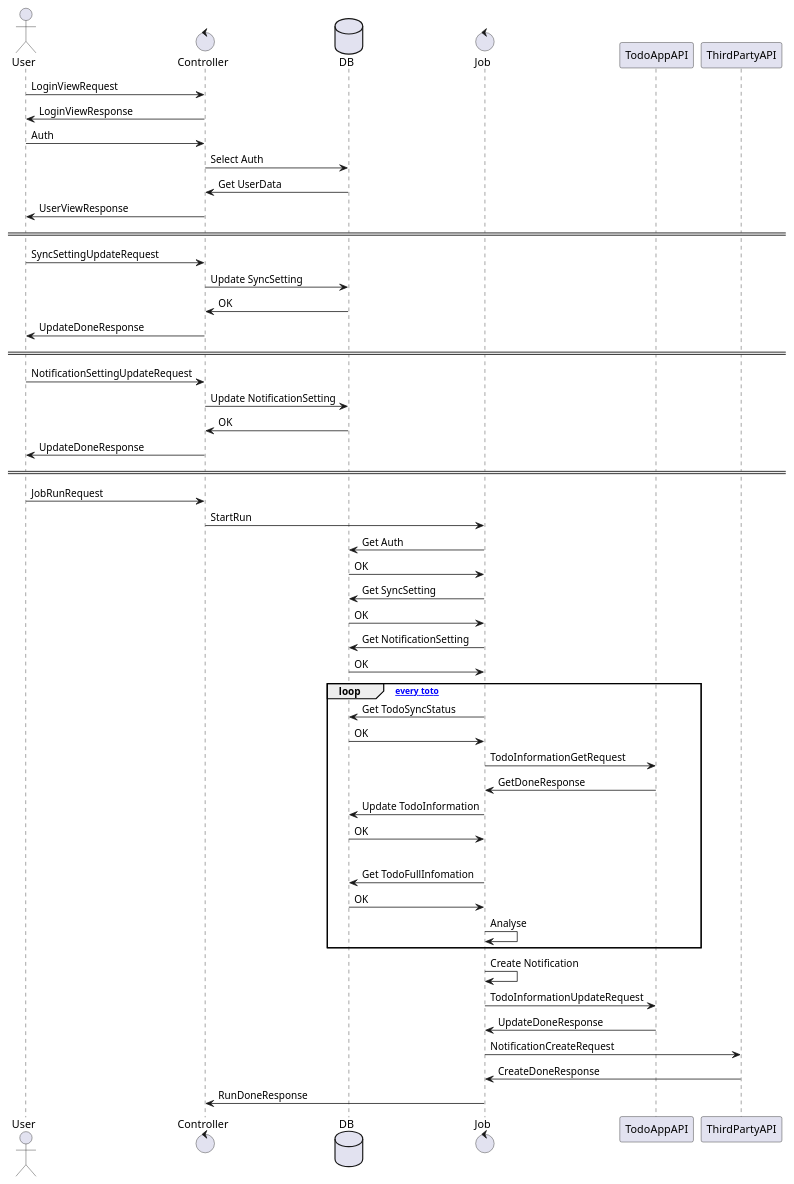
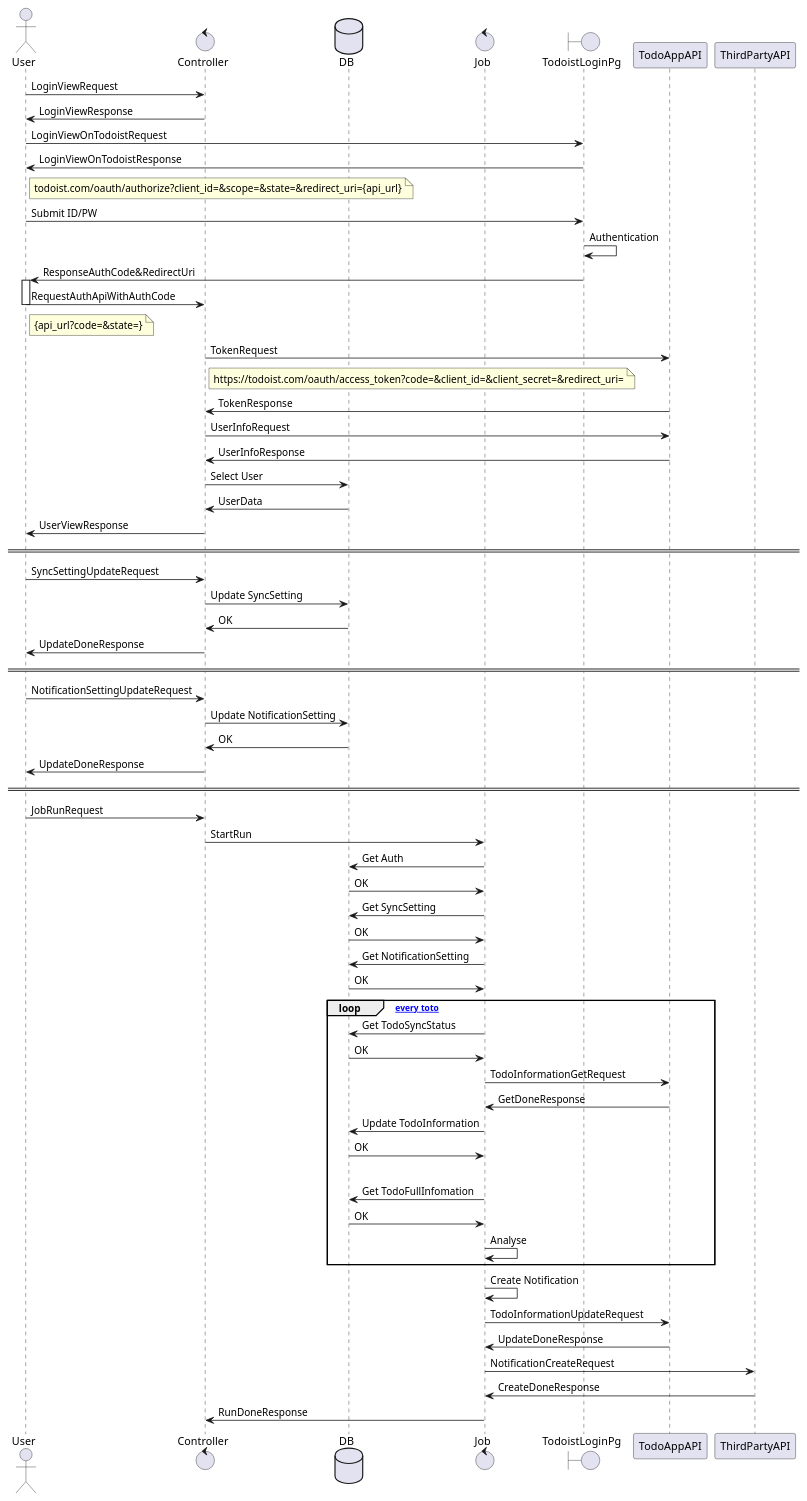
Before and after one commit to to-maru/tododog: the diagram in design/sequence.puml, drawn with PlantUML.

Commit message:
認証周りのシーケンスを更新

```diff
--- a/design/sequence.puml
+++ b/design/sequence.puml
@@ -1,53 +1,68 @@
 @startuml
 'https://plantuml.com/class-diagram
 
 actor User
 control Controller
 database DB
 control Job
-
+boundary TodoistLoginPg
 
 User -> Controller: LoginViewRequest
 Controller -> User: LoginViewResponse
-User -> Controller: Auth
-Controller -> DB: Select Auth
-Controller <- DB: Get UserData
+User -> TodoistLoginPg: LoginViewOnTodoistRequest
+User <- TodoistLoginPg: LoginViewOnTodoistResponse
+note right of User: todoist.com/oauth/authorize?client_id=&scope=&state=&redirect_uri={api_url}
+
+User -> TodoistLoginPg: Submit ID/PW
+TodoistLoginPg -> TodoistLoginPg: Authentication
+User <- TodoistLoginPg: ResponseAuthCode&RedirectUri
+activate User
+User -> Controller: RequestAuthApiWithAuthCode
+deactivate User
+note right of User: {api_url?code=&state=}
+Controller -> TodoAppAPI: TokenRequest
+note right of Controller: https://todoist.com/oauth/access_token?code=&client_id=&client_secret=&redirect_uri=
+Controller <- TodoAppAPI: TokenResponse
+Controller -> TodoAppAPI: UserInfoRequest
+Controller <- TodoAppAPI: UserInfoResponse
+Controller -> DB: Select User
+Controller <- DB: UserData
 User <- Controller: UserViewResponse
 ====
 User -> Controller: SyncSettingUpdateRequest
 Controller -> DB: Update SyncSetting
 Controller <- DB: OK
 User <- Controller: UpdateDoneResponse
 ====
 User -> Controller: NotificationSettingUpdateRequest
 Controller -> DB: Update NotificationSetting
 Controller <- DB: OK
 User <- Controller: UpdateDoneResponse
 ====
 User -> Controller: JobRunRequest
 Controller->Job: StartRun
 Job->DB: Get Auth
 Job<-DB: OK
 Job->DB: Get SyncSetting
 Job<-DB: OK
 Job->DB: Get NotificationSetting
 Job<-DB: OK
 loop [for every toto]
     Job->DB: Get TodoSyncStatus
     Job<-DB: OK
     Job->TodoAppAPI: TodoInformationGetRequest
     Job<-TodoAppAPI: GetDoneResponse
     Job->DB: Update TodoInformation
     Job<-DB: OK
     |||
     Job->DB: Get TodoFullInfomation
     Job<-DB: OK
     Job->Job: Analyse
 end
 Job->Job: Create Notification
 Job->TodoAppAPI: TodoInformationUpdateRequest
 Job<-TodoAppAPI: UpdateDoneResponse
 Job->ThirdPartyAPI: NotificationCreateRequest
 Job<-ThirdPartyAPI: CreateDoneResponse
 Controller<-Job: RunDoneResponse
 @enduml
```
